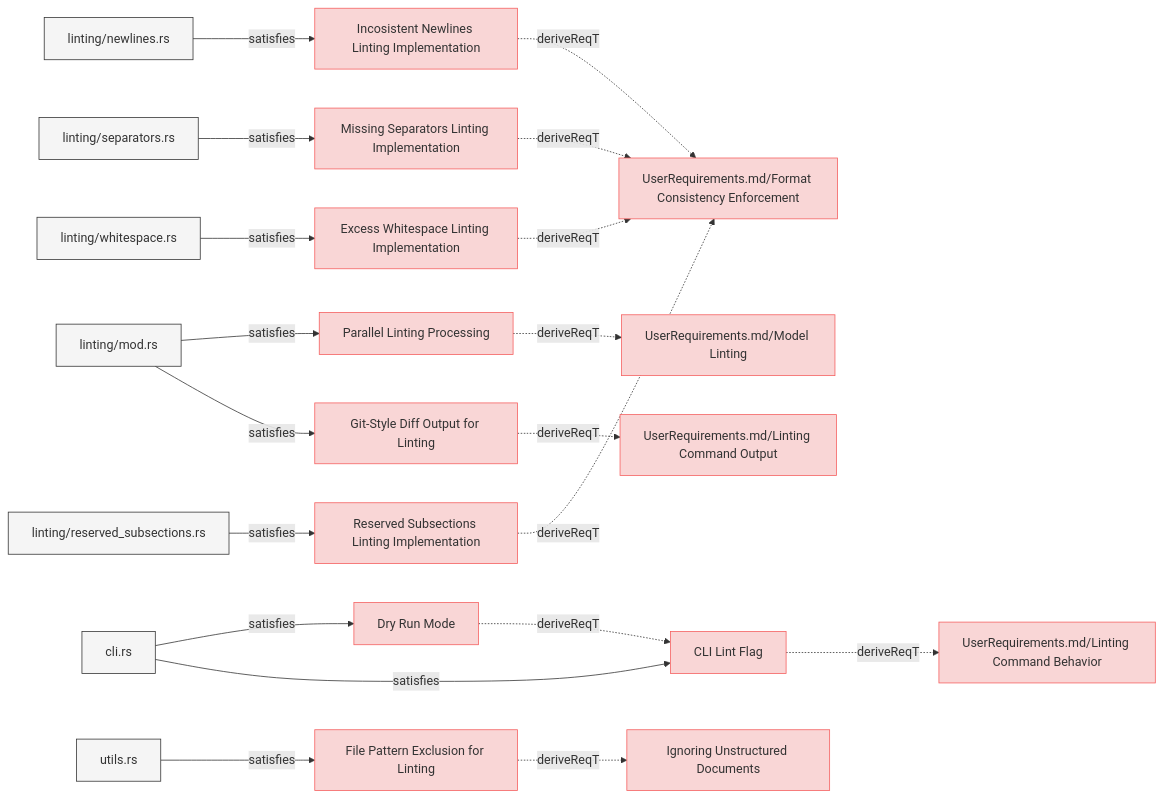
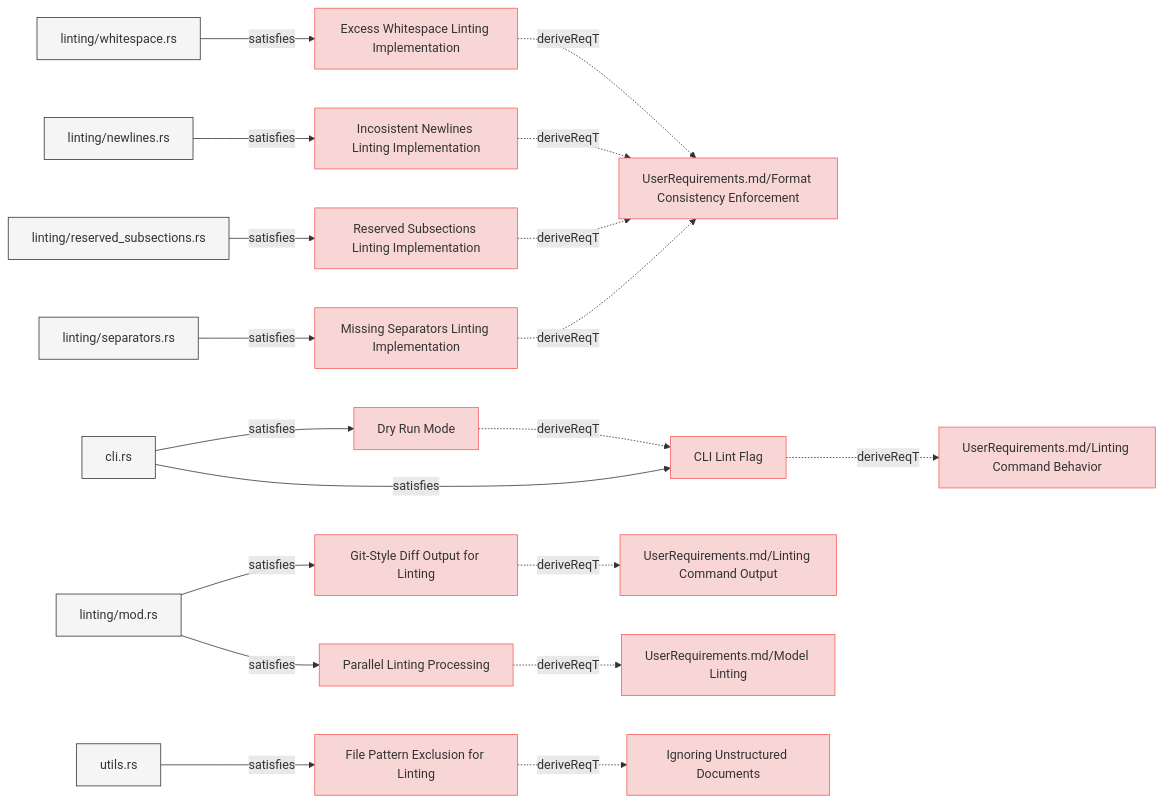
One commit to reqvire-org/reqvire changed the first of 8 diagrams in specifications/SystemRequirements/Requirements.md. Above: the diagram before and after it, drawn with Mermaid. The commit also changed other lines of this file and 18 other files, not shown here.

````diff
--- a/specifications/SystemRequirements/Requirements.md
+++ b/specifications/SystemRequirements/Requirements.md
@@ -9,58 +9,12 @@
   classDef externalLink fill:#d0e0ff,stroke:#3080ff,stroke-width:1px;
   classDef default fill:#f5f5f5,stroke:#333333,stroke-width:1px;
 
-  47401bd64e231632["Parallel Linting Processing"];
-  class 47401bd64e231632 requirement;
-  click 47401bd64e231632 "Requirements.md#parallel-linting-processing";
-  7305c1d6f7f1e2b2["UserRequirements.md/Model Linting"];
-  class 7305c1d6f7f1e2b2 requirement;
-  click 7305c1d6f7f1e2b2 "../UserRequirements.md#model-linting";
-  47401bd64e231632 -.->|deriveReqT| 7305c1d6f7f1e2b2;
-  c418c3775592f201["linting/mod.rs"];
-  class c418c3775592f201 default;
-  click c418c3775592f201 "../../core/src/linting/mod.rs";
-  c418c3775592f201 -->|satisfies| 47401bd64e231632;
-  7d44a9de72f2ed11["Incosistent Newlines Linting Implementation"];
-  class 7d44a9de72f2ed11 requirement;
-  click 7d44a9de72f2ed11 "Requirements.md#incosistent-newlines-linting-implementation";
+  9f473f6e0b993cac["Excess Whitespace Linting Implementation"];
+  class 9f473f6e0b993cac requirement;
+  click 9f473f6e0b993cac "Requirements.md#excess-whitespace-linting-implementation";
   974ccf933675ef44["UserRequirements.md/Format Consistency Enforcement"];
   class 974ccf933675ef44 requirement;
   click 974ccf933675ef44 "../UserRequirements.md#format-consistency-enforcement";
-  7d44a9de72f2ed11 -.->|deriveReqT| 974ccf933675ef44;
-  aab06119b34eec74["linting/newlines.rs"];
-  class aab06119b34eec74 default;
-  click aab06119b34eec74 "../../core/src/linting/newlines.rs";
-  aab06119b34eec74 -->|satisfies| 7d44a9de72f2ed11;
-  e4ccc71cd6ef4e9e["Dry Run Mode"];
-  class e4ccc71cd6ef4e9e requirement;
-  click e4ccc71cd6ef4e9e "Requirements.md#dry-run-mode";
-  7d3a6a25db09c1b2["CLI Lint Flag"];
-  class 7d3a6a25db09c1b2 requirement;
-  click 7d3a6a25db09c1b2 "Requirements.md#cli-lint-flag";
-  e4ccc71cd6ef4e9e -.->|deriveReqT| 7d3a6a25db09c1b2;
-  80defdd4cbc7ee18["cli.rs"];
-  class 80defdd4cbc7ee18 default;
-  click 80defdd4cbc7ee18 "../../cli/src/cli.rs";
-  80defdd4cbc7ee18 -->|satisfies| e4ccc71cd6ef4e9e;
-  719bf8b75772947d["Missing Separators Linting Implementation"];
-  class 719bf8b75772947d requirement;
-  click 719bf8b75772947d "Requirements.md#missing-separators-linting-implementation";
-  719bf8b75772947d -.->|deriveReqT| 974ccf933675ef44;
-  9cbd45fe044171ec["linting/separators.rs"];
-  class 9cbd45fe044171ec default;
-  click 9cbd45fe044171ec "../../core/src/linting/separators.rs";
-  9cbd45fe044171ec -->|satisfies| 719bf8b75772947d;
-  a51179cda67cf9f2["UserRequirements.md/Linting Command Behavior"];
-  class a51179cda67cf9f2 requirement;
-  click a51179cda67cf9f2 "../UserRequirements.md#linting-command";
-  7d3a6a25db09c1b2 -.->|deriveReqT| a51179cda67cf9f2;
-  80defdd4cbc7ee18["cli.rs"];
-  class 80defdd4cbc7ee18 default;
-  click 80defdd4cbc7ee18 "../../cli/src/cli.rs";
-  80defdd4cbc7ee18 -->|satisfies| 7d3a6a25db09c1b2;
-  9f473f6e0b993cac["Excess Whitespace Linting Implementation"];
-  class 9f473f6e0b993cac requirement;
-  click 9f473f6e0b993cac "Requirements.md#excess-whitespace-linting-implementation";
   9f473f6e0b993cac -.->|deriveReqT| 974ccf933675ef44;
   63a0f5a33e87fcee["linting/whitespace.rs"];
   class 63a0f5a33e87fcee default;
@@ -77,6 +31,25 @@
   class c418c3775592f201 default;
   click c418c3775592f201 "../../core/src/linting/mod.rs";
   c418c3775592f201 -->|satisfies| b7dd9db7a1290b97;
+  e4ccc71cd6ef4e9e["Dry Run Mode"];
+  class e4ccc71cd6ef4e9e requirement;
+  click e4ccc71cd6ef4e9e "Requirements.md#dry-run-mode";
+  7d3a6a25db09c1b2["CLI Lint Flag"];
+  class 7d3a6a25db09c1b2 requirement;
+  click 7d3a6a25db09c1b2 "Requirements.md#cli-lint-flag";
+  e4ccc71cd6ef4e9e -.->|deriveReqT| 7d3a6a25db09c1b2;
+  80defdd4cbc7ee18["cli.rs"];
+  class 80defdd4cbc7ee18 default;
+  click 80defdd4cbc7ee18 "../../cli/src/cli.rs";
+  80defdd4cbc7ee18 -->|satisfies| e4ccc71cd6ef4e9e;
+  7d44a9de72f2ed11["Incosistent Newlines Linting Implementation"];
+  class 7d44a9de72f2ed11 requirement;
+  click 7d44a9de72f2ed11 "Requirements.md#incosistent-newlines-linting-implementation";
+  7d44a9de72f2ed11 -.->|deriveReqT| 974ccf933675ef44;
+  aab06119b34eec74["linting/newlines.rs"];
+  class aab06119b34eec74 default;
+  click aab06119b34eec74 "../../core/src/linting/newlines.rs";
+  aab06119b34eec74 -->|satisfies| 7d44a9de72f2ed11;
   a7bd845c64d1685e["Reserved Subsections Linting Implementation"];
   class a7bd845c64d1685e requirement;
   click a7bd845c64d1685e "Requirements.md#reserved-subsections-linting-implementation";
@@ -85,6 +58,14 @@
   class 4ef2e0c1cdbc35ab default;
   click 4ef2e0c1cdbc35ab "../../core/src/linting/indentation.rs";
   4ef2e0c1cdbc35ab -->|satisfies| a7bd845c64d1685e;
+  a51179cda67cf9f2["UserRequirements.md/Linting Command Behavior"];
+  class a51179cda67cf9f2 requirement;
+  click a51179cda67cf9f2 "../UserRequirements.md#linting-command";
+  7d3a6a25db09c1b2 -.->|deriveReqT| a51179cda67cf9f2;
+  80defdd4cbc7ee18["cli.rs"];
+  class 80defdd4cbc7ee18 default;
+  click 80defdd4cbc7ee18 "../../cli/src/cli.rs";
+  80defdd4cbc7ee18 -->|satisfies| 7d3a6a25db09c1b2;
   bef37c31db69b66a["File Pattern Exclusion for Linting"];
   class bef37c31db69b66a requirement;
   click bef37c31db69b66a "Requirements.md#file-pattern-exclusion-for-linting";
@@ -96,4 +77,23 @@
   class ce2625feec883e55 default;
   click ce2625feec883e55 "../../core/src/utils.rs";
   ce2625feec883e55 -->|satisfies| bef37c31db69b66a;
+  719bf8b75772947d["Missing Separators Linting Implementation"];
+  class 719bf8b75772947d requirement;
+  click 719bf8b75772947d "Requirements.md#missing-separators-linting-implementation";
+  719bf8b75772947d -.->|deriveReqT| 974ccf933675ef44;
+  9cbd45fe044171ec["linting/separators.rs"];
+  class 9cbd45fe044171ec default;
+  click 9cbd45fe044171ec "../../core/src/linting/separators.rs";
+  9cbd45fe044171ec -->|satisfies| 719bf8b75772947d;
+  47401bd64e231632["Parallel Linting Processing"];
+  class 47401bd64e231632 requirement;
+  click 47401bd64e231632 "Requirements.md#parallel-linting-processing";
+  7305c1d6f7f1e2b2["UserRequirements.md/Model Linting"];
+  class 7305c1d6f7f1e2b2 requirement;
+  click 7305c1d6f7f1e2b2 "../UserRequirements.md#model-linting";
+  47401bd64e231632 -.->|deriveReqT| 7305c1d6f7f1e2b2;
+  c418c3775592f201["linting/mod.rs"];
+  class c418c3775592f201 default;
+  click c418c3775592f201 "../../core/src/linting/mod.rs";
+  c418c3775592f201 -->|satisfies| 47401bd64e231632;
 ```
````
